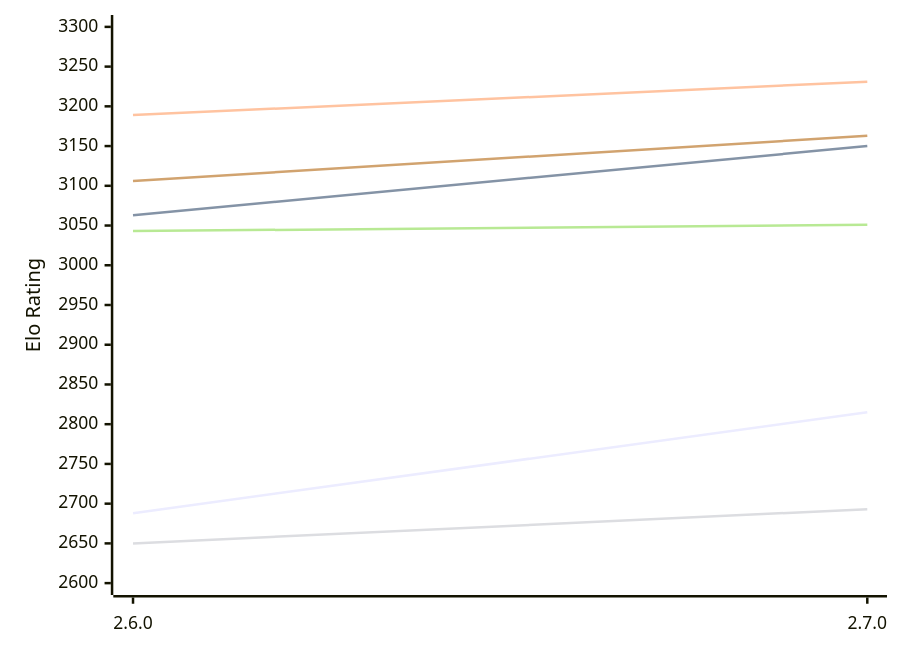
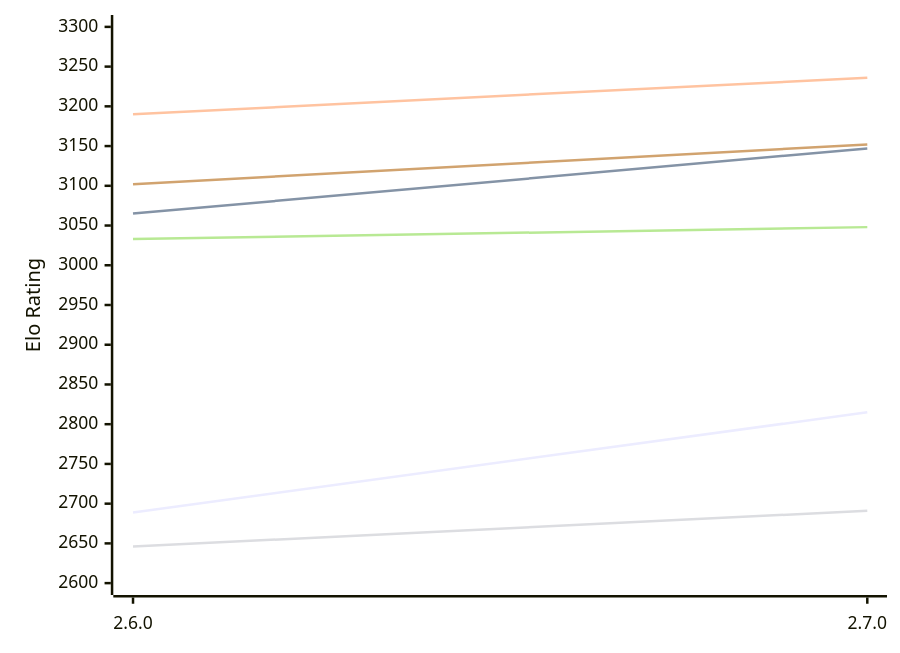
Before and after one commit to computer-chess-index/cci: the first of 2 diagrams in engines/Sturddle2.md, drawn with Mermaid. The commit also changed other lines of this file, not shown here.

Commit message:
Update CCI Ratings (ELO VLTC) - 2026-11-15

````diff
--- a/engines/Sturddle2.md
+++ b/engines/Sturddle2.md
@@ -51,12 +51,12 @@
 ```mermaid
 %%{init: {"theme":"base","themeVariables":{"seriesColors:['#a3a3a3','#222221','#faa371']}}}%%
 xychart-beta
   x-axis ["2.6.0", "2.7.0"]
   y-axis "Elo Rating" 2600 --> 3300
-  line "E1: STC (8.0+0.08s)" [2688, 2815]
-  line "E1: LTC (60.0+0.60s)" [3063, 3150]
-  line "E1: VLTC (2m24s+1.12s)" [3189, 3231]
-  line "P1: STC (8.0+0.08s)" [2650, 2693]
-  line "P1: LTC (60.0+0.60s)" [3043, 3051]
-  line "P1: VLTC (2m24s+1.12s)" [3106, 3163]
+  line "E1: STC (8.0+0.08s)" [2689, 2815]
+  line "E1: LTC (60.0+0.60s)" [3065, 3147]
+  line "E1: VLTC (2m24s+1.12s)" [3190, 3236]
+  line "P1: STC (8.0+0.08s)" [2646, 2691]
+  line "P1: LTC (60.0+0.60s)" [3033, 3048]
+  line "P1: VLTC (2m24s+1.12s)" [3102, 3152]
 ```
````
